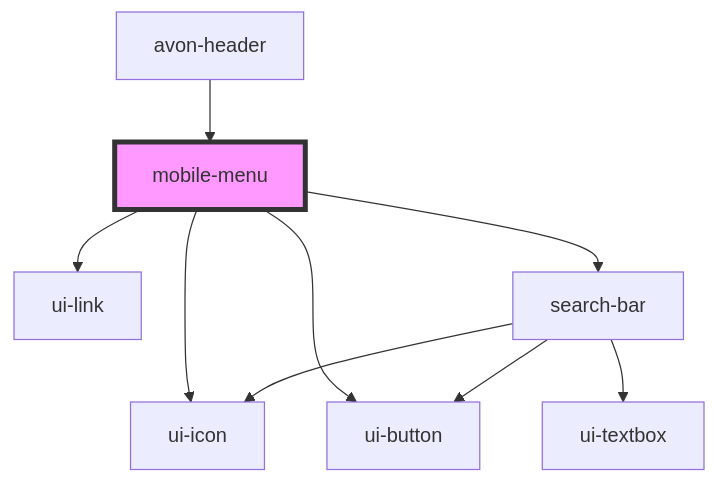
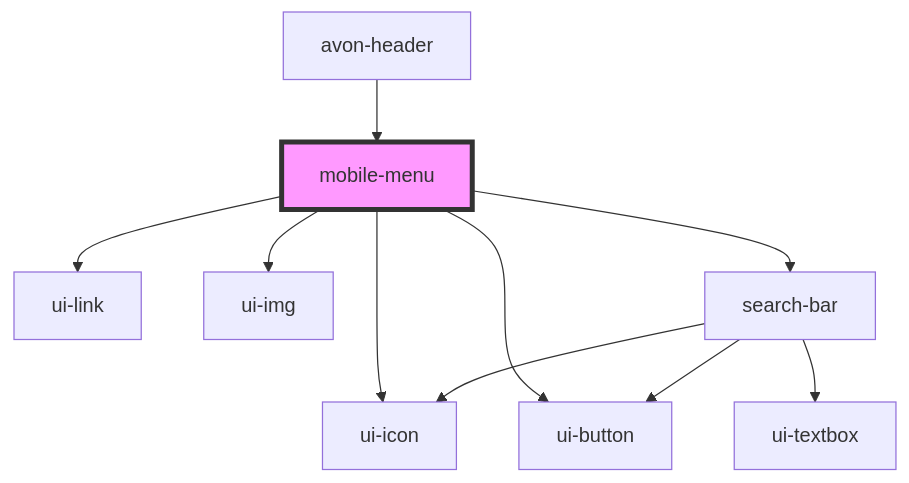
The diagram in src/components/avon-header/mobile-menu/readme.md (ankitghanekar-hcl/ui-shared-web-components), drawn with Mermaid before and after one commit. The commit also changed other lines of this file and 9 other files, not shown here.

````diff
--- a/src/components/avon-header/mobile-menu/readme.md
+++ b/src/components/avon-header/mobile-menu/readme.md
@@ -34,12 +35,13 @@
 ```mermaid
 graph TD;
   mobile-menu --> ui-link
+  mobile-menu --> ui-img
   mobile-menu --> ui-icon
   mobile-menu --> ui-button
   mobile-menu --> search-bar
   search-bar --> ui-textbox
   search-bar --> ui-button
   search-bar --> ui-icon
   avon-header --> mobile-menu
   style mobile-menu fill:#f9f,stroke:#333,stroke-width:4px
 ```
````
